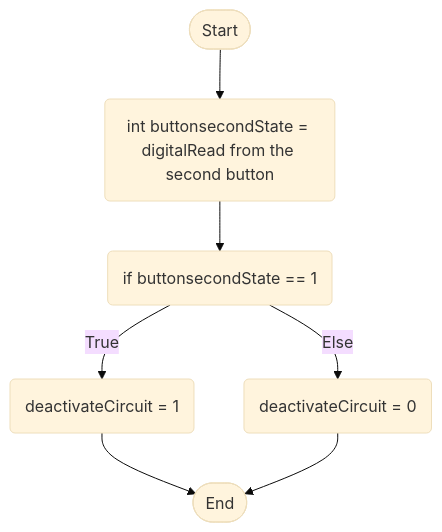
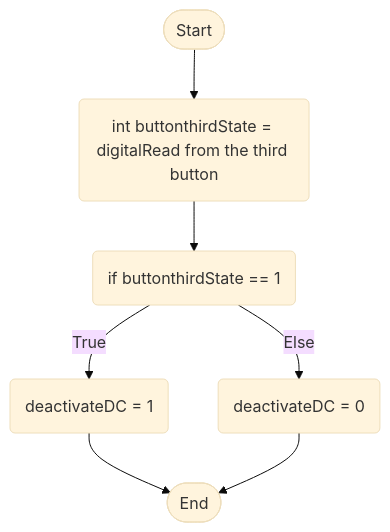
One commit to 4060269/SmartWorkstationAssessment3 changed the diagram in Flowcharts/secondButtonLogic.md. Above: the diagram before and after it, drawn with Mermaid (base theme). The commit also changed other lines of this file, not shown here.

````diff
--- a/Flowcharts/secondButtonLogic.md
+++ b/Flowcharts/secondButtonLogic.md
@@ -3,16 +3,16 @@
 ```mermaid
 flowchart TD
 terminalStart([Start])
 terminalEnd([End])
-setbuttonValue(int buttonsecondState = digitalRead from the second button)
-activateButton0(if buttonsecondState == 1)
-activateButton1(deactivateCircuit = 1)
-activateButton2(deactivateCircuit = 0)
+setbuttonValue(int buttonthirdState = digitalRead from the third button)
+activateButton0(if buttonthirdState == 1)
+activateButton1(deactivateDC = 1)
+activateButton2(deactivateDC = 0)
    
 terminalStart --> setbuttonValue
 setbuttonValue --> activateButton0
 activateButton0 --> |True| activateButton1
 activateButton0 --> |Else| activateButton2
 activateButton1 --> terminalEnd
 activateButton2 --> terminalEnd
 ```
````
